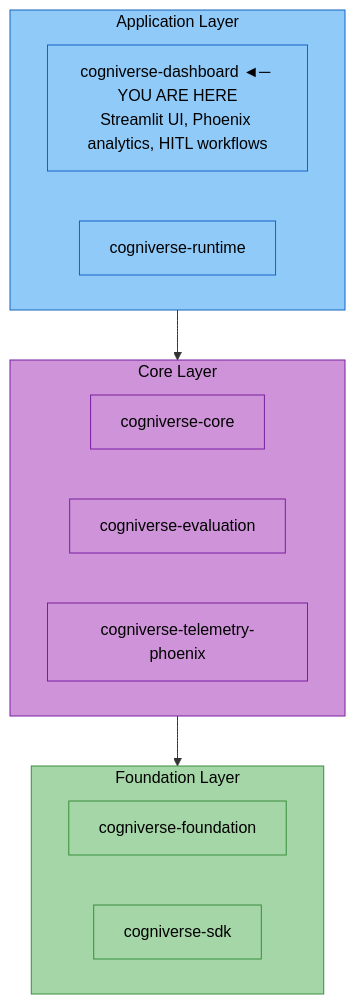
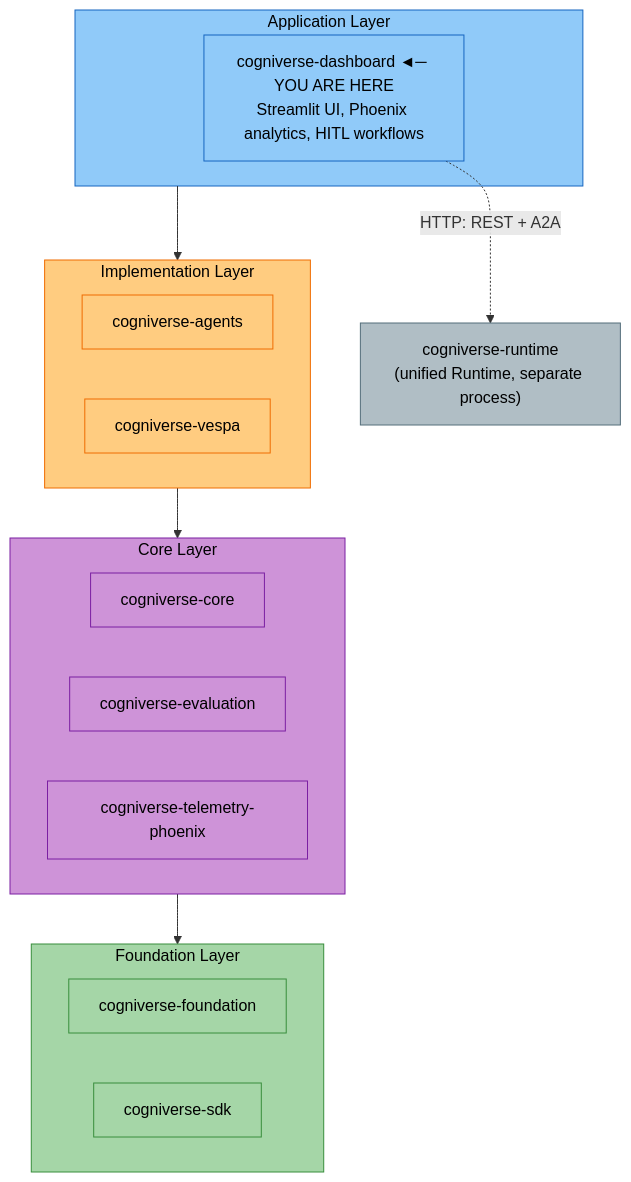
Before and after one commit to amit-jain/cogniverse: the diagram in docs/modules/dashboard.md, drawn with Mermaid. The commit also changed other lines of this file and 50 other files, not shown here.

First line of the commit message:
Complete and verify docs against code with mermaid palette

````diff
--- a/docs/modules/dashboard.md
+++ b/docs/modules/dashboard.md
@@ -569,32 +606,43 @@
 ```mermaid
 flowchart TB
     subgraph AppLayer["<span style='color:#000'>Application Layer</span>"]
         Dashboard["<span style='color:#000'>cogniverse-dashboard ◄─ YOU ARE HERE<br/>Streamlit UI, Phoenix analytics, HITL workflows</span>"]
-        Runtime["<span style='color:#000'>cogniverse-runtime</span>"]
+    end
+
+    subgraph ImplLayer["<span style='color:#000'>Implementation Layer</span>"]
+        Agents["<span style='color:#000'>cogniverse-agents</span>"]
+        Vespa["<span style='color:#000'>cogniverse-vespa</span>"]
     end
 
     subgraph CoreLayer["<span style='color:#000'>Core Layer</span>"]
         Core["<span style='color:#000'>cogniverse-core</span>"]
         Evaluation["<span style='color:#000'>cogniverse-evaluation</span>"]
         Telemetry["<span style='color:#000'>cogniverse-telemetry-phoenix</span>"]
     end
 
     subgraph FoundationLayer["<span style='color:#000'>Foundation Layer</span>"]
         Foundation["<span style='color:#000'>cogniverse-foundation</span>"]
         SDK["<span style='color:#000'>cogniverse-sdk</span>"]
     end
 
-    AppLayer --> CoreLayer
+    Runtime["<span style='color:#000'>cogniverse-runtime<br/>(unified Runtime, separate process)</span>"]
+
+    AppLayer --> ImplLayer
+    ImplLayer --> CoreLayer
     CoreLayer --> FoundationLayer
+    Dashboard -.->|HTTP: REST + A2A| Runtime
 
     style AppLayer fill:#90caf9,stroke:#1565c0,color:#000
     style Dashboard fill:#90caf9,stroke:#1565c0,color:#000
-    style Runtime fill:#90caf9,stroke:#1565c0,color:#000
+    style ImplLayer fill:#ffcc80,stroke:#ef6c00,color:#000
+    style Agents fill:#ffcc80,stroke:#ef6c00,color:#000
+    style Vespa fill:#ffcc80,stroke:#ef6c00,color:#000
     style CoreLayer fill:#ce93d8,stroke:#7b1fa2,color:#000
     style Core fill:#ce93d8,stroke:#7b1fa2,color:#000
     style Evaluation fill:#ce93d8,stroke:#7b1fa2,color:#000
     style Telemetry fill:#ce93d8,stroke:#7b1fa2,color:#000
     style FoundationLayer fill:#a5d6a7,stroke:#388e3c,color:#000
     style Foundation fill:#a5d6a7,stroke:#388e3c,color:#000
     style SDK fill:#a5d6a7,stroke:#388e3c,color:#000
+    style Runtime fill:#b0bec5,stroke:#546e7a,color:#000
 ```
````
